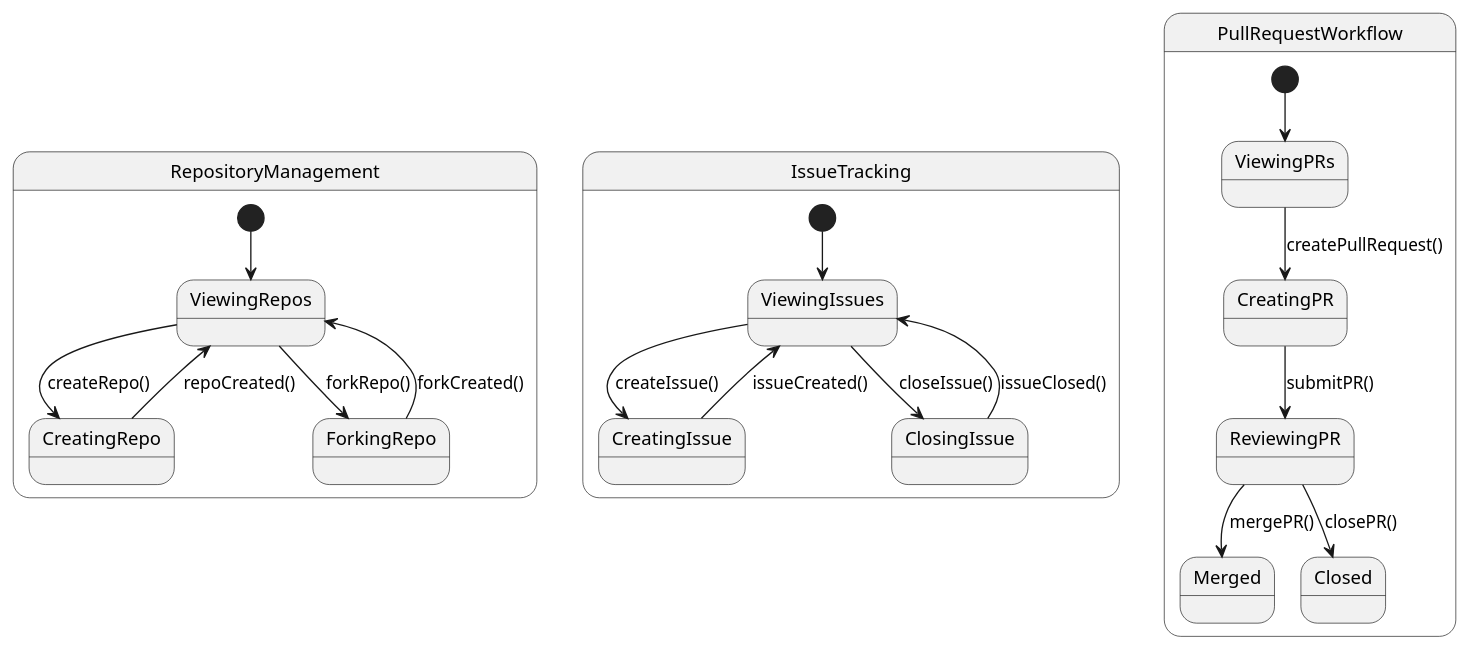
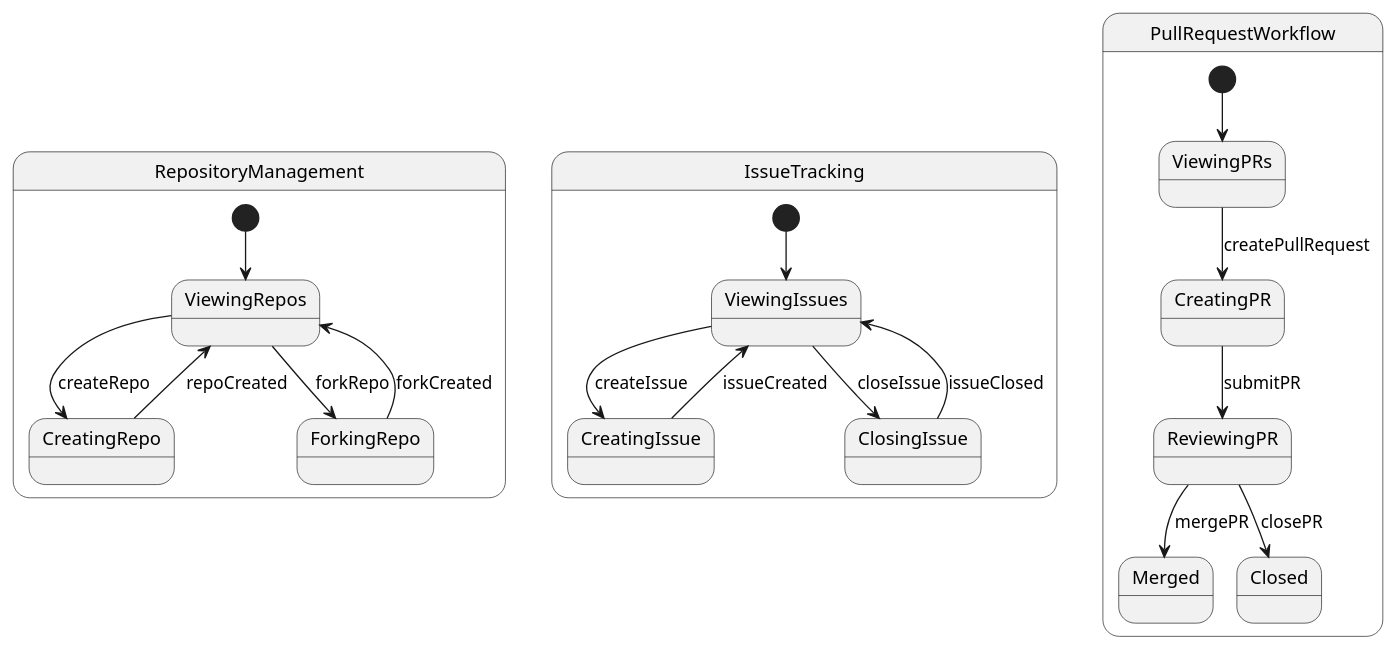
One commit to Ingenieria-Informatica-UNEATLANTICO/app-actividad-post-parcial-0xJVR changed the diagram in modelosUML/Iterado/ModeloEstados.puml. Above: the diagram before and after it, drawn with PlantUML. The commit also changed 1 other file, not shown here.

```diff
--- a/modelosUML/Iterado/ModeloEstados.puml
+++ b/modelosUML/Iterado/ModeloEstados.puml
@@ -1,27 +1,27 @@
 @startuml
 
 state RepositoryManagement {
     [*] --> ViewingRepos
-    ViewingRepos --> CreatingRepo : createRepo()
-    CreatingRepo --> ViewingRepos : repoCreated()
-    ViewingRepos --> ForkingRepo : forkRepo()
-    ForkingRepo --> ViewingRepos : forkCreated()
+    ViewingRepos --> CreatingRepo : createRepo
+    CreatingRepo --> ViewingRepos : repoCreated
+    ViewingRepos --> ForkingRepo : forkRepo
+    ForkingRepo --> ViewingRepos : forkCreated
 }
 
 state IssueTracking {
     [*] --> ViewingIssues
-    ViewingIssues --> CreatingIssue : createIssue()
-    CreatingIssue --> ViewingIssues : issueCreated()
-    ViewingIssues --> ClosingIssue : closeIssue()
-    ClosingIssue --> ViewingIssues : issueClosed()
+    ViewingIssues --> CreatingIssue : createIssue
+    CreatingIssue --> ViewingIssues : issueCreated
+    ViewingIssues --> ClosingIssue : closeIssue
+    ClosingIssue --> ViewingIssues : issueClosed
 }
 
 state PullRequestWorkflow {
     [*] --> ViewingPRs
-    ViewingPRs --> CreatingPR : createPullRequest()
-    CreatingPR --> ReviewingPR : submitPR()
-    ReviewingPR --> Merged : mergePR()
-    ReviewingPR --> Closed : closePR()
+    ViewingPRs --> CreatingPR : createPullRequest
+    CreatingPR --> ReviewingPR : submitPR
+    ReviewingPR --> Merged : mergePR
+    ReviewingPR --> Closed : closePR
 }
 
 @enduml
```
